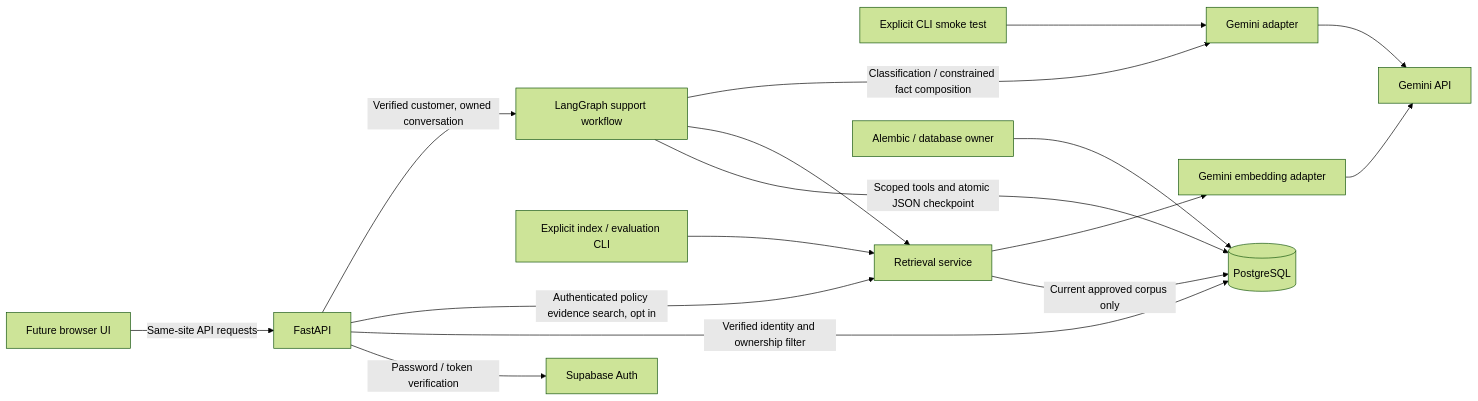
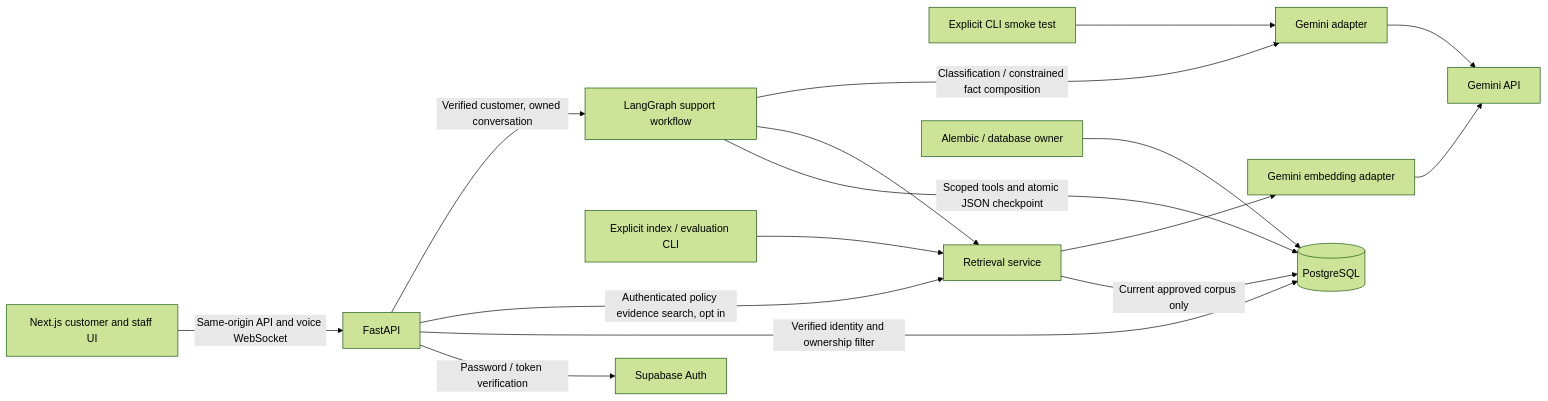
Before and after one commit to ellacmd/canopy-ai: the diagram in docs/architecture.md, drawn with Mermaid (forest theme). The commit also changed other lines of this file and 79 other files, not shown here.

````diff
--- a/docs/architecture.md
+++ b/docs/architecture.md
@@ -3,18 +3,18 @@
 ```mermaid
 flowchart LR
-    B[Future browser UI] -->|Same-site API requests| A[FastAPI]
+    B[Next.js customer and staff UI] -->|Same-origin API and voice WebSocket| A[FastAPI]
     A -->|Password / token verification| S[Supabase Auth]
     A -->|Verified identity and ownership filter| D[(PostgreSQL)]
     C[Explicit CLI smoke test] --> L[Gemini adapter]
     L --> G[Gemini API]
     A -->|Authenticated policy evidence search, opt in| R[Retrieval service]
     R -->|Current approved corpus only| D
     R --> E[Gemini embedding adapter]
     E --> G
     I[Explicit index / evaluation CLI] --> R
     A -->|Verified customer, owned conversation| W[LangGraph support workflow]
     W -->|Scoped tools and atomic JSON checkpoint| D
     W --> R
     W -->|Classification / constrained fact composition| L
     M[Alembic / database owner] --> D
 ```
````
